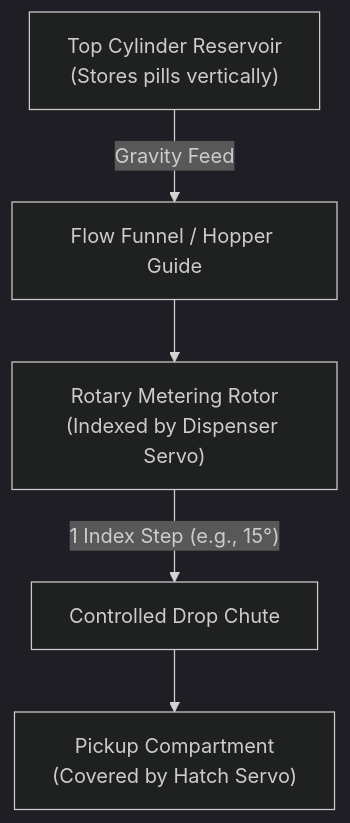
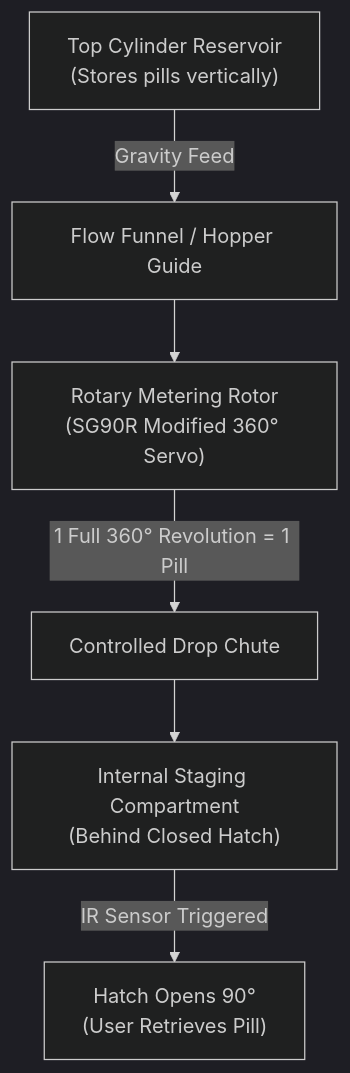
The sixth of 6 diagrams in MedDispenser/docs/DEVICE_OPERATION_GUIDE.md (JanClyde05/MedDispenser), drawn with Mermaid (dark theme) before and after one commit. The commit also changed other lines of this file and 13 other files, not shown here.

````diff
--- a/MedDispenser/docs/DEVICE_OPERATION_GUIDE.md
+++ b/MedDispenser/docs/DEVICE_OPERATION_GUIDE.md
@@ -252,7 +280,8 @@
 ```mermaid
 graph TD
     A["Top Cylinder Reservoir<br/>(Stores pills vertically)"] -->|"Gravity Feed"| B["Flow Funnel / Hopper Guide"]
-    B --> C["Rotary Metering Rotor<br/>(Indexed by Dispenser Servo)"]
-    C -->|"1 Index Step (e.g., 15°)"| D["Controlled Drop Chute"]
-    D --> E["Pickup Compartment<br/>(Covered by Hatch Servo)"]
+    B --> C["Rotary Metering Rotor<br/>(SG90R Modified 360° Servo)"]
+    C -->|"1 Full 360° Revolution = 1 Pill"| D["Controlled Drop Chute"]
+    D --> E["Internal Staging Compartment<br/>(Behind Closed Hatch)"]
+    E -->|"IR Sensor Triggered"| F["Hatch Opens 90°<br/>(User Retrieves Pill)"]
 ```
````
